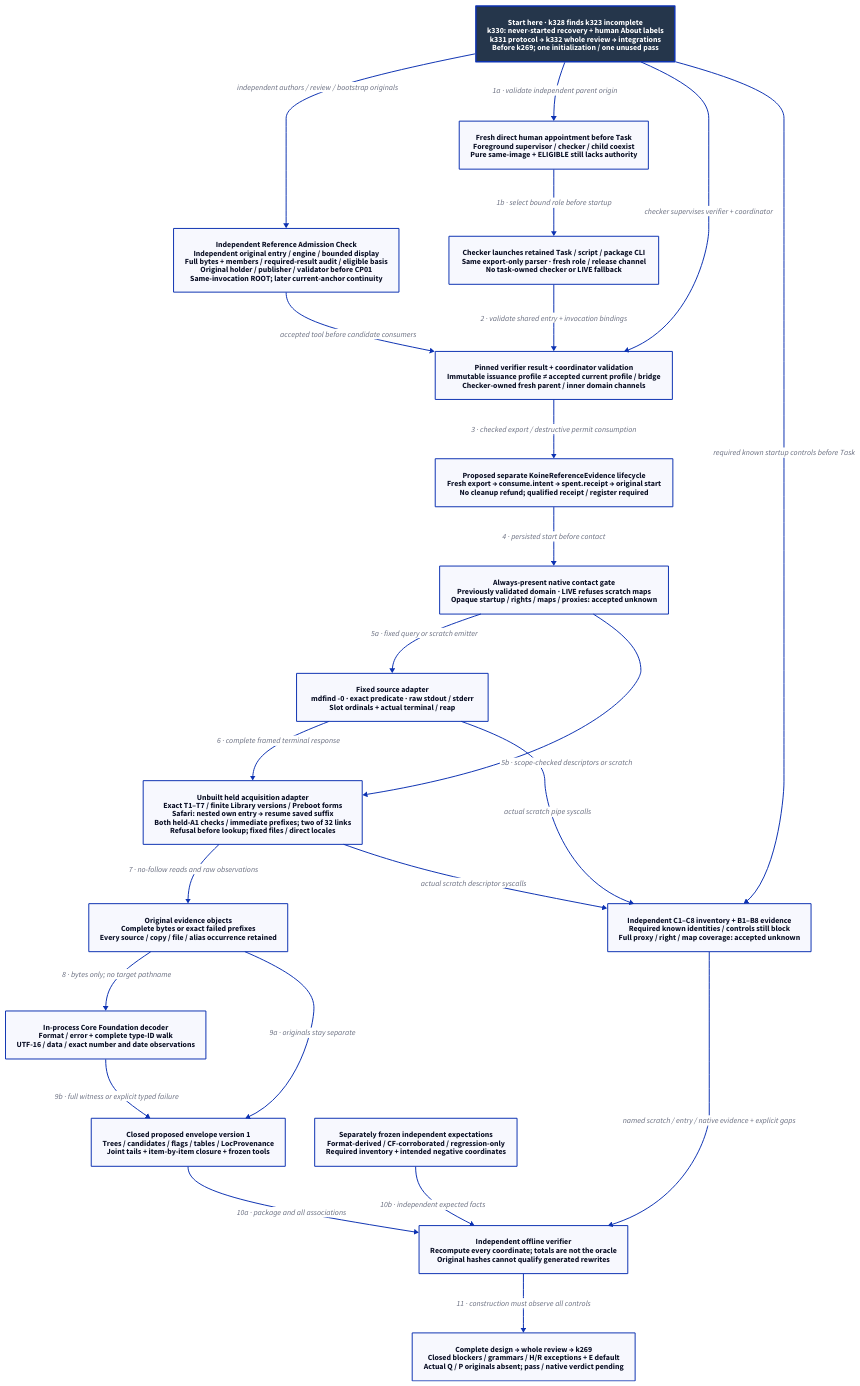
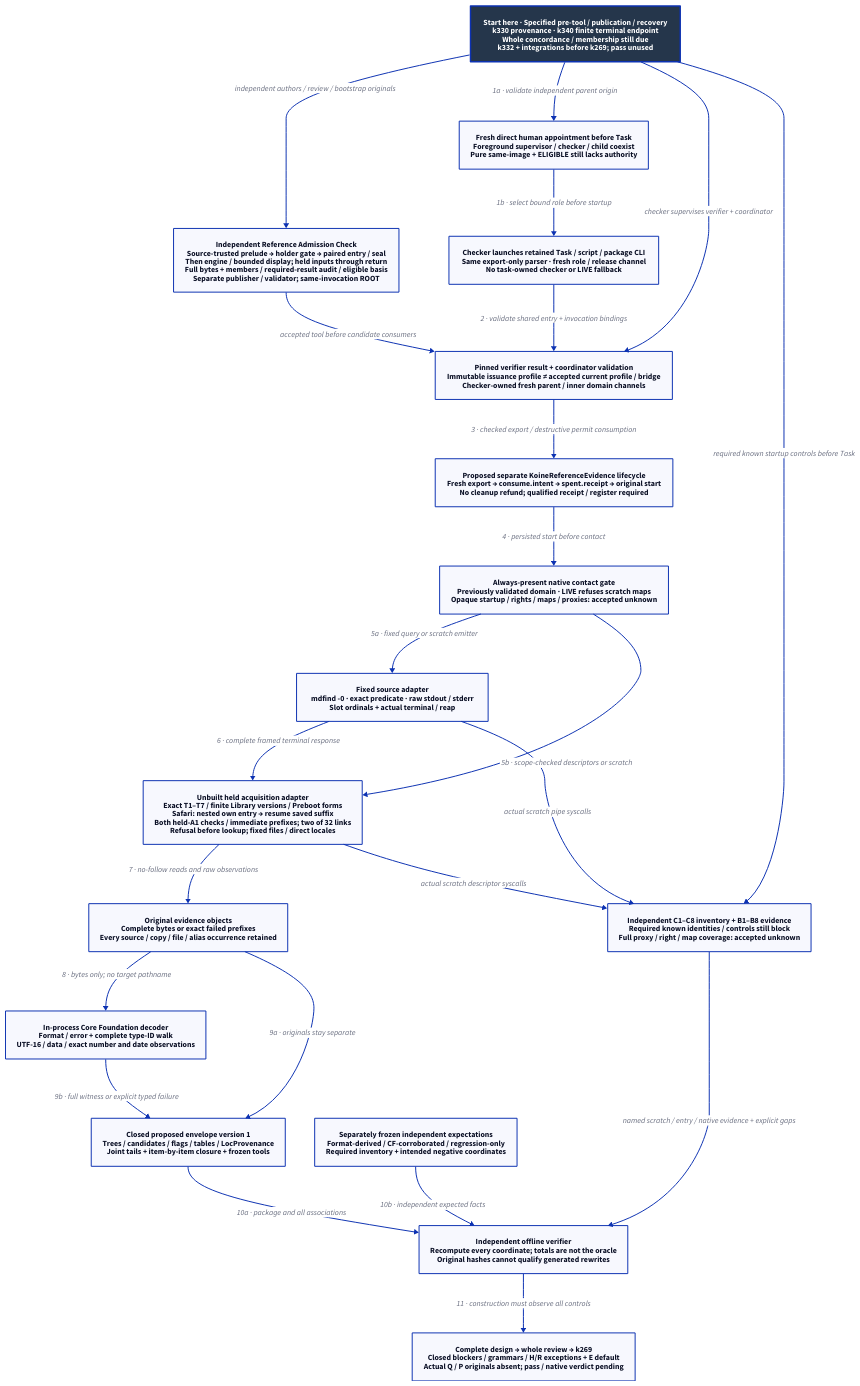
The diagram in docs/design/architecture/native-reference-instrument.d2 (Linkuistics/Koine), drawn with D2 before and after one commit. The commit also changed 34 other files, not shown here.

Commit message:
Reconcile reference provenance and current views (reference-evidence-provenance-reconciliation-k342)

```diff
--- a/docs/design/architecture/native-reference-instrument.d2
+++ b/docs/design/architecture/native-reference-instrument.d2
@@ -1,43 +1,43 @@
-# Reviewed k323 proposal; k330/k331/k332 replacement and integrations precede k269.
+# Specified k331 mechanisms; whole concordance/membership and k332 review precede use.
 direction: down
 classes: {
   start: {style: {fill: "#25364B"; font-color: "#FFFFFF"; bold: true; stroke-width: 3}}
 }
-Start: "Start here · k328 finds k323 incomplete\nk330: never-started recovery + human About labels\nk331 protocol → k332 whole review → integrations\nBefore k269; one initialization / one unused pass" {class: start}
+Start: "Start here · Specified pre-tool / publication / recovery\nk330 provenance · k340 finite terminal endpoint\nWhole concordance / membership still due\nk332 + integrations before k269; pass unused" {class: start}
 Role: "Fresh direct human appointment before Task\nForeground supervisor / checker / child coexist\nPure same-image + ELIGIBLE still lacks authority"
 Task: "Checker launches retained Task / script / package CLI\nSame export-only parser · fresh role / release channel\nNo task-owned checker or LIVE fallback"
 Admission: "Pinned verifier result + coordinator validation\nImmutable issuance profile ≠ accepted current profile / bridge\nChecker-owned fresh parent / inner domain channels"
 Authority: "Proposed separate KoineReferenceEvidence lifecycle\nFresh export → consume.intent → spent.receipt → original start\nNo cleanup refund; qualified receipt / register required"
 Gate: "Always-present native contact gate\nPreviously validated domain · LIVE refuses scratch maps\nOpaque startup / rights / maps / proxies: accepted unknown"
 Source: "Fixed source adapter\nmdfind -0 · exact predicate · raw stdout / stderr\nSlot ordinals + actual terminal / reap"
 Held: "Unbuilt held acquisition adapter\nExact T1–T7 / finite Library versions / Preboot forms\nSafari: nested own entry → resume saved suffix\nBoth held-A1 checks / immediate prefixes; two of 32 links\nRefusal before lookup; fixed files / direct locales"
 Objects: "Original evidence objects\nComplete bytes or exact failed prefixes\nEvery source / copy / file / alias occurrence retained"
 Decoder: "In-process Core Foundation decoder\nFormat / error + complete type-ID walk\nUTF-16 / data / exact number and date observations"
 Envelope: "Closed proposed envelope version 1\nTrees / candidates / flags / tables / LocProvenance\nJoint tails + item-by-item closure + frozen tools"
 Oracle: "Separately frozen independent expectations\nFormat-derived / CF-corroborated / regression-only\nRequired inventory + intended negative coordinates"
 Observer: "Independent C1–C8 inventory + B1–B8 evidence\nRequired known identities / controls still block\nFull proxy / right / map coverage: accepted unknown"
 Verifier: "Independent offline verifier\nRecompute every coordinate; totals are not the oracle\nOriginal hashes cannot qualify generated rewrites"
 Boundary: "Complete design → whole review → k269\nClosed blockers / grammars / H/R exceptions + E default\nActual Q / P originals absent; pass / native verdict pending"
-Compare: "Independent Reference Admission Check\nIndependent original entry / engine / bounded display\nFull bytes + members / required-result audit / eligible basis\nOriginal holder / publisher / validator before CP01\nSame-invocation ROOT; later current-anchor continuity"
+Compare: "Independent Reference Admission Check\nSource-trusted prelude → holder gate → paired entry / seal\nThen engine / bounded display; held inputs through return\nFull bytes + members / required-result audit / eligible basis\nSeparate publisher / validator; same-invocation ROOT"
 Compare -> Admission: "accepted tool before candidate consumers"
 Start -> Compare: "independent authors / review / bootstrap originals"
 Start -> Role: "1a · validate independent parent origin"
 Role -> Task: "1b · select bound role before startup"
 Start -> Admission: "checker supervises verifier + coordinator"
 Start -> Observer: "required known startup controls before Task"
 Task -> Admission: "2 · validate shared entry + invocation bindings"
 Admission -> Authority: "3 · checked export / destructive permit consumption"
 Authority -> Gate: "4 · persisted start before contact"
 Gate -> Source: "5a · fixed query or scratch emitter"
 Gate -> Held: "5b · scope-checked descriptors or scratch"
 Source -> Held: "6 · complete framed terminal response"
 Held -> Objects: "7 · no-follow reads and raw observations"
 Objects -> Decoder: "8 · bytes only; no target pathname"
 Objects -> Envelope: "9a · originals stay separate"
 Decoder -> Envelope: "9b · full witness or explicit typed failure"
 Envelope -> Verifier: "10a · package and all associations"
 Oracle -> Verifier: "10b · independent expected facts"
 Source -> Observer: "actual scratch pipe syscalls"
 Held -> Observer: "actual scratch descriptor syscalls"
 Observer -> Verifier: "named scratch / entry / native evidence + explicit gaps"
 Verifier -> Boundary: "11 · construction must observe all controls"
```
